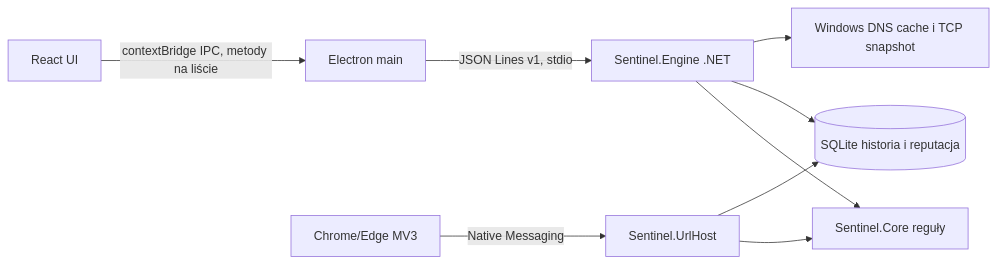
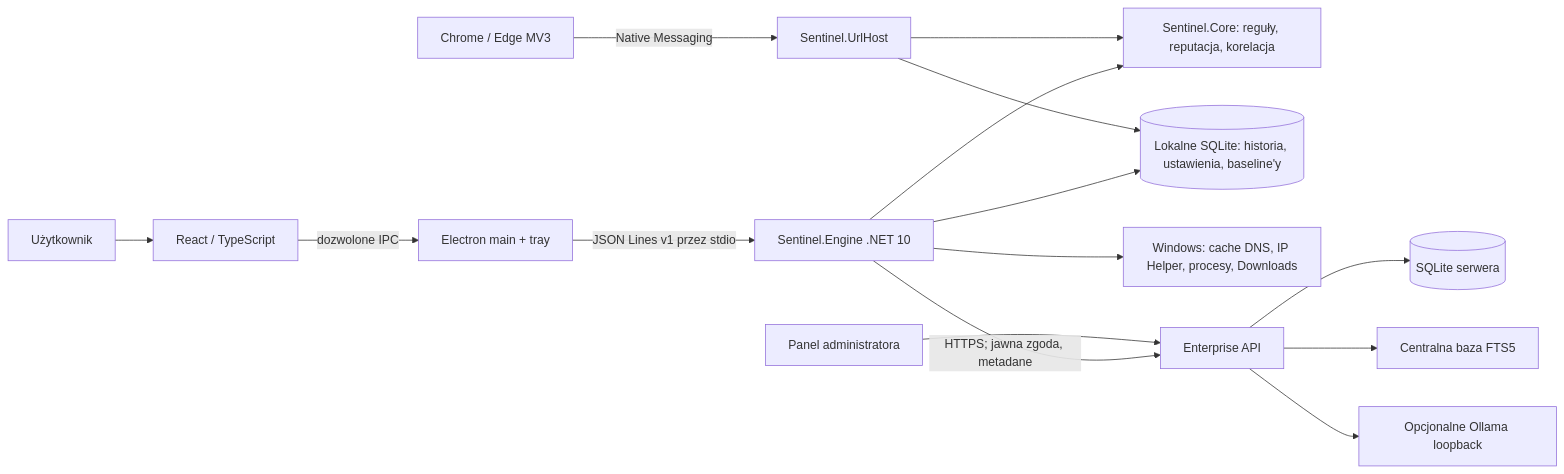
Before and after one commit to Matyyyy68/asystent: the diagram in ARCHITECTURE.md, drawn with Mermaid. The commit also changed other lines of this file and 2 other files, not shown here.

Commit message:
docs: refresh current product architecture and coverage

````diff
--- a/ARCHITECTURE.md
+++ b/ARCHITECTURE.md
@@ -3,11 +7,17 @@
 ```mermaid
 flowchart LR
-  R[React UI] -->|contextBridge IPC, metody na liście| E[Electron main]
-  E -->|JSON Lines v1, stdio| P[Sentinel.Engine .NET]
-  P --> C[Sentinel.Core reguły]
-  P --> S[(SQLite historia i reputacja)]
-  P --> D[Windows DNS cache i TCP snapshot]
-  X[Chrome/Edge MV3] -->|Native Messaging| H[Sentinel.UrlHost]
+  U[Użytkownik] --> UI[React / TypeScript]
+  UI -->|dozwolone IPC| E[Electron main + tray]
+  E -->|JSON Lines v1 przez stdio| EN[Sentinel.Engine .NET 10]
+  EN --> C[Sentinel.Core: reguły, reputacja, korelacja]
+  EN --> DB[(Lokalne SQLite: historia, ustawienia, baseline'y)]
+  EN --> W[Windows: cache DNS, IP Helper, procesy, Downloads]
+  B[Chrome / Edge MV3] -->|Native Messaging| H[Sentinel.UrlHost]
   H --> C
-  H --> S
+  H --> DB
+  EN -->|HTTPS; jawna zgoda, metadane| API[Enterprise API]
+  API --> SDB[(SQLite serwera)]
+  API --> KB[Centralna baza FTS5]
+  API --> AI[Opcjonalne Ollama loopback]
+  ADMIN[Panel administratora] --> API
 ```
````
